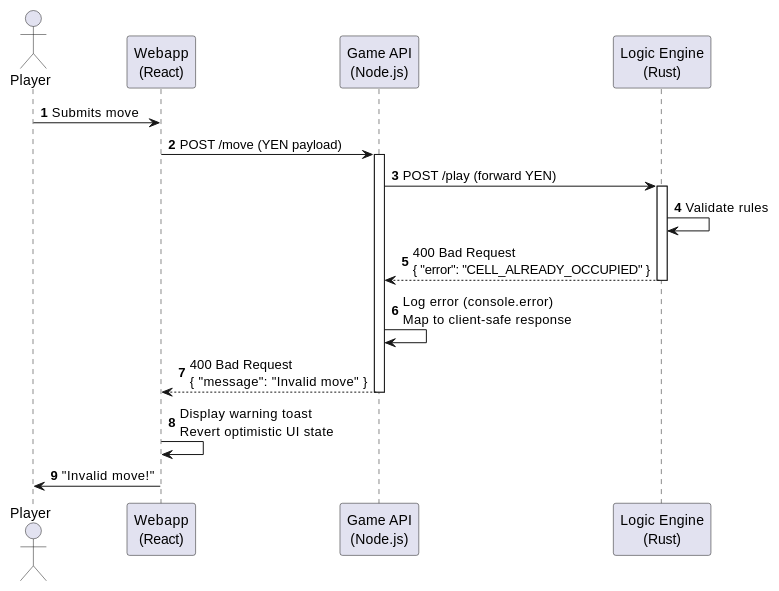
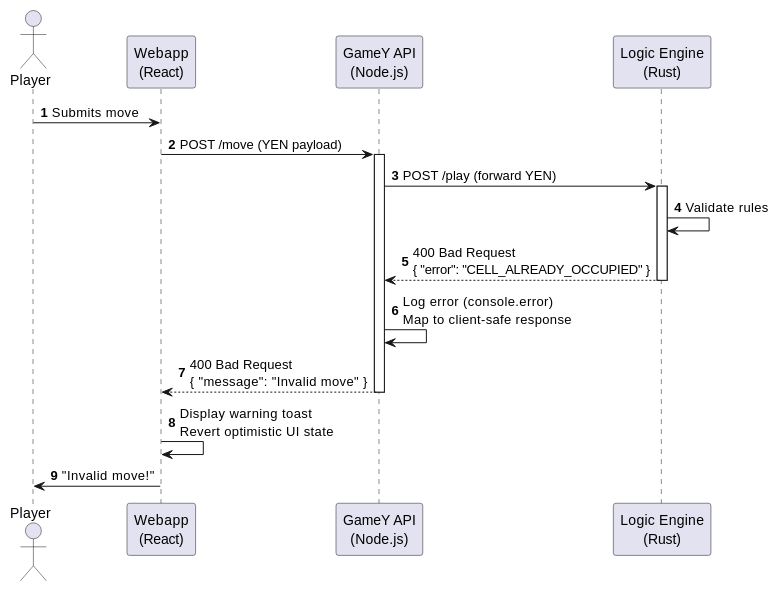
The second of 2 diagrams in docs/src/08_concepts.adoc (Arquisoft/yovi_en1a), drawn with PlantUML before and after one commit. The commit also changed other lines of this file, not shown here.

```diff
--- a/docs/src/08_concepts.adoc
+++ b/docs/src/08_concepts.adoc
@@ -166,27 +171,27 @@
 [plantuml, "error-propagation", png]
 ----
 @startuml
 autonumber
 actor "Player" as User
 participant "Webapp\n(React)" as UI
-participant "Game API\n(Node.js)" as Node
+participant "GameY API\n(Node.js)" as Node
 participant "Logic Engine\n(Rust)" as Rust
 
 User -> UI : Submits move
 UI -> Node : POST /move (YEN payload)
 activate Node
 
 Node -> Rust : POST /play (forward YEN)
 activate Rust
 Rust -> Rust : Validate rules
 Rust --> Node : 400 Bad Request\n{ "error": "CELL_ALREADY_OCCUPIED" }
 deactivate Rust
 
 Node -> Node : Log error (console.error)\nMap to client-safe response
 Node --> UI : 400 Bad Request\n{ "message": "Invalid move" }
 deactivate Node
 
 UI -> UI : Display warning toast\nRevert optimistic UI state
 UI -> User : "Invalid move!"
 @enduml
 ----
```
